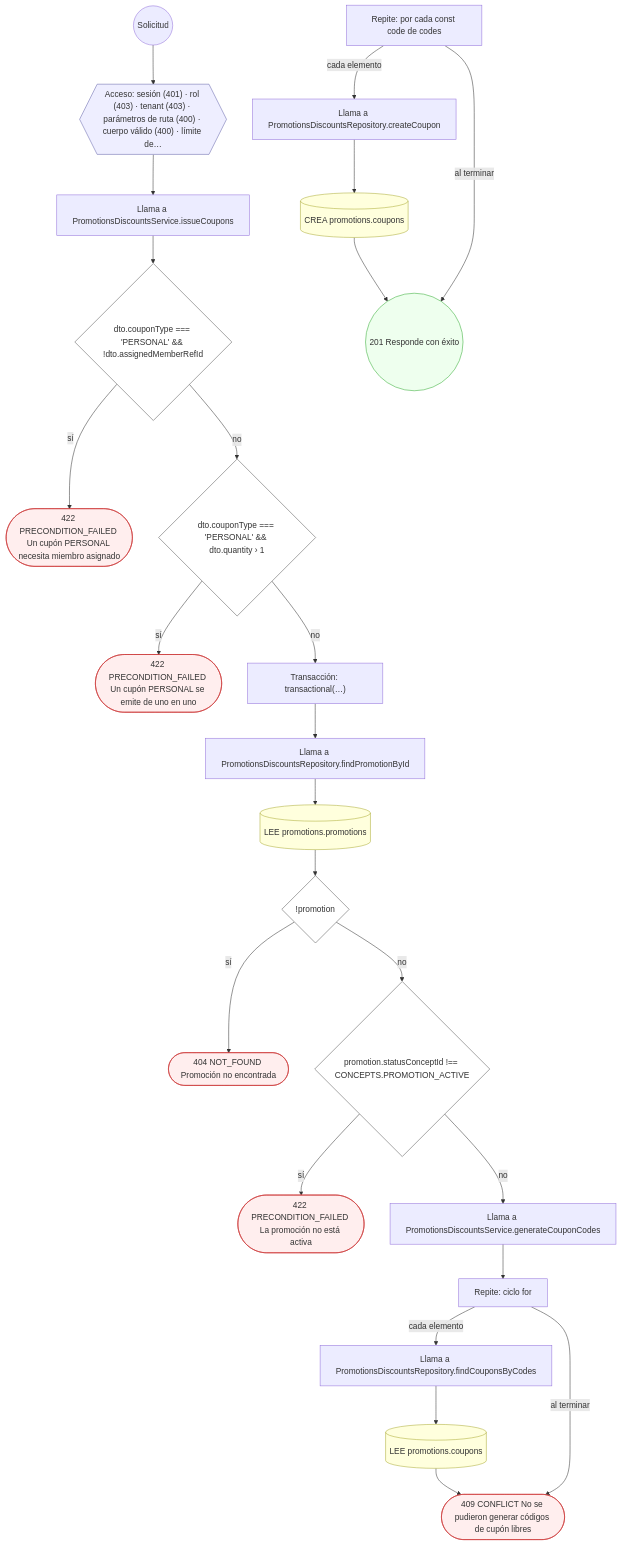
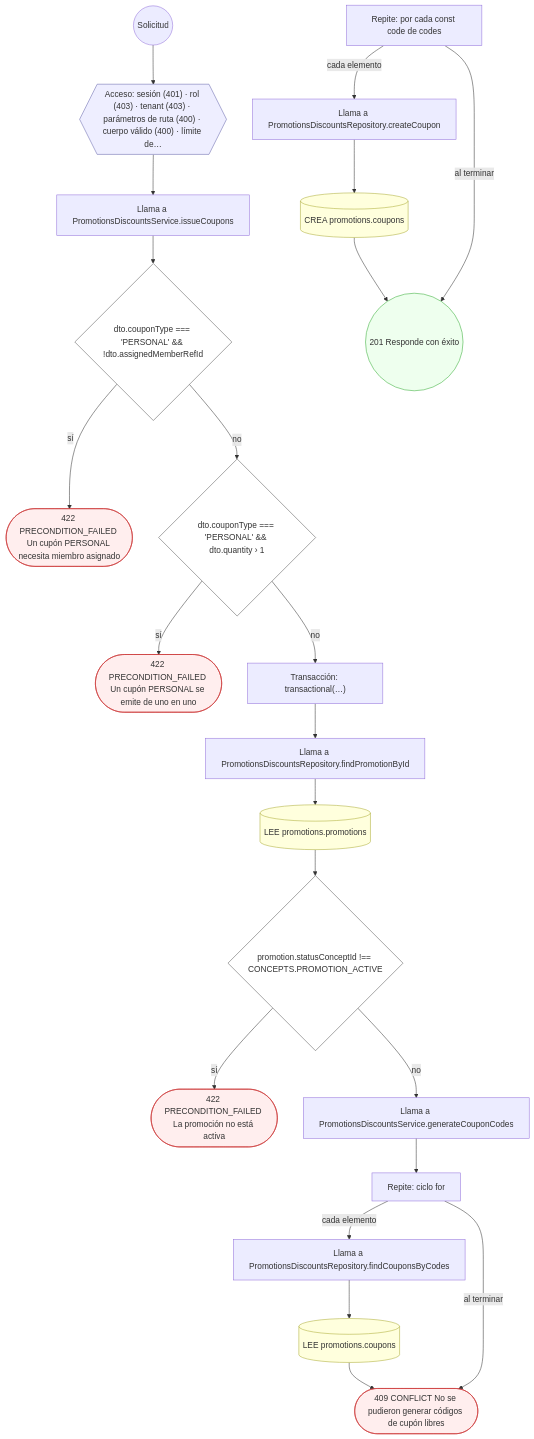
Before and after one commit to mdavila-2001/mantra-core-health-api: diagram 15 of 20 in docs/inventario/flujos/promotions.md, drawn with Mermaid. The commit also changed other lines of this file and 438 other files, not shown here.

````diff
--- a/docs/inventario/flujos/promotions.md
+++ b/docs/inventario/flujos/promotions.md
@@ -1251,55 +1317,51 @@
 ```mermaid
 flowchart TD
   n1(("Solicitud")):::inicio
   n2{{"Acceso: sesión (401) · rol (403) · tenant (403) · parámetros de ruta (400) · cuerpo válido (400) · límite de…"}}:::acceso
   n1 --> n2
   n3["Llama a PromotionsDiscountsService.issueCoupons"]:::llamada
   n2 --> n3
   n4{"dto.couponType === 'PERSONAL' && !dto.assignedMemberRefId"}:::decision
   n3 --> n4
   n5(["422 PRECONDITION_FAILED Un cupón PERSONAL necesita miembro asignado"]):::error
   n4 -->|"sí"| n5
   n6{"dto.couponType === 'PERSONAL' && dto.quantity › 1"}:::decision
   n4 -->|"no"| n6
   n7(["422 PRECONDITION_FAILED Un cupón PERSONAL se emite de uno en uno"]):::error
   n6 -->|"sí"| n7
   n8["Transacción: transactional(…)"]:::transaccion
   n6 -->|"no"| n8
   n9["Llama a PromotionsDiscountsRepository.findPromotionById"]:::llamada
   n8 --> n9
   n10[("LEE promotions.promotions")]:::efecto
   n9 --> n10
-  n11{"!promotion"}:::decision
+  n11{"promotion.statusConceptId !== CONCEPTS.PROMOTION_ACTIVE"}:::decision
   n10 --> n11
-  n12(["404 NOT_FOUND Promoción no encontrada"]):::error
+  n12(["422 PRECONDITION_FAILED La promoción no está activa"]):::error
   n11 -->|"sí"| n12
-  n13{"promotion.statusConceptId !== CONCEPTS.PROMOTION_ACTIVE"}:::decision
+  n13["Llama a PromotionsDiscountsService.generateCouponCodes"]:::llamada
   n11 -->|"no"| n13
-  n14(["422 PRECONDITION_FAILED La promoción no está activa"]):::error
-  n13 -->|"sí"| n14
-  n15["Llama a PromotionsDiscountsService.generateCouponCodes"]:::llamada
-  n13 -->|"no"| n15
-  n16["Repite: ciclo for"]:::bucle
+  n14["Repite: ciclo for"]:::bucle
+  n13 --> n14
+  n15["Llama a PromotionsDiscountsRepository.findCouponsByCodes"]:::llamada
+  n14 -->|"cada elemento"| n15
+  n16[("LEE promotions.coupons")]:::efecto
   n15 --> n16
-  n17["Llama a PromotionsDiscountsRepository.findCouponsByCodes"]:::llamada
-  n16 -->|"cada elemento"| n17
-  n18[("LEE promotions.coupons")]:::efecto
-  n17 --> n18
-  n19(["409 CONFLICT No se pudieron generar códigos de cupón libres"]):::error
-  n18 --> n19
-  n16 -->|"al terminar"| n19
-  n20["Repite: por cada const code de codes"]:::bucle
-  n21["Llama a PromotionsDiscountsRepository.createCoupon"]:::llamada
-  n20 -->|"cada elemento"| n21
-  n22[("CREA promotions.coupons")]:::efecto
-  n21 --> n22
-  n23(("201 Responde con éxito")):::ok
-  n22 --> n23
-  n20 -->|"al terminar"| n23
+  n17(["409 CONFLICT No se pudieron generar códigos de cupón libres"]):::error
+  n16 --> n17
+  n14 -->|"al terminar"| n17
+  n18["Repite: por cada const code de codes"]:::bucle
+  n19["Llama a PromotionsDiscountsRepository.createCoupon"]:::llamada
+  n18 -->|"cada elemento"| n19
+  n20[("CREA promotions.coupons")]:::efecto
+  n19 --> n20
+  n21(("201 Responde con éxito")):::ok
+  n20 --> n21
+  n18 -->|"al terminar"| n21
   classDef acceso fill:#eef,stroke:#66a
   classDef error fill:#fee,stroke:#c33
   classDef ok fill:#efe,stroke:#3a3
   classDef efecto fill:#ffd,stroke:#aa3
   classDef decision fill:#fff,stroke:#555
   classDef corte fill:#eee,stroke:#999,stroke-dasharray: 4
 ```
````
